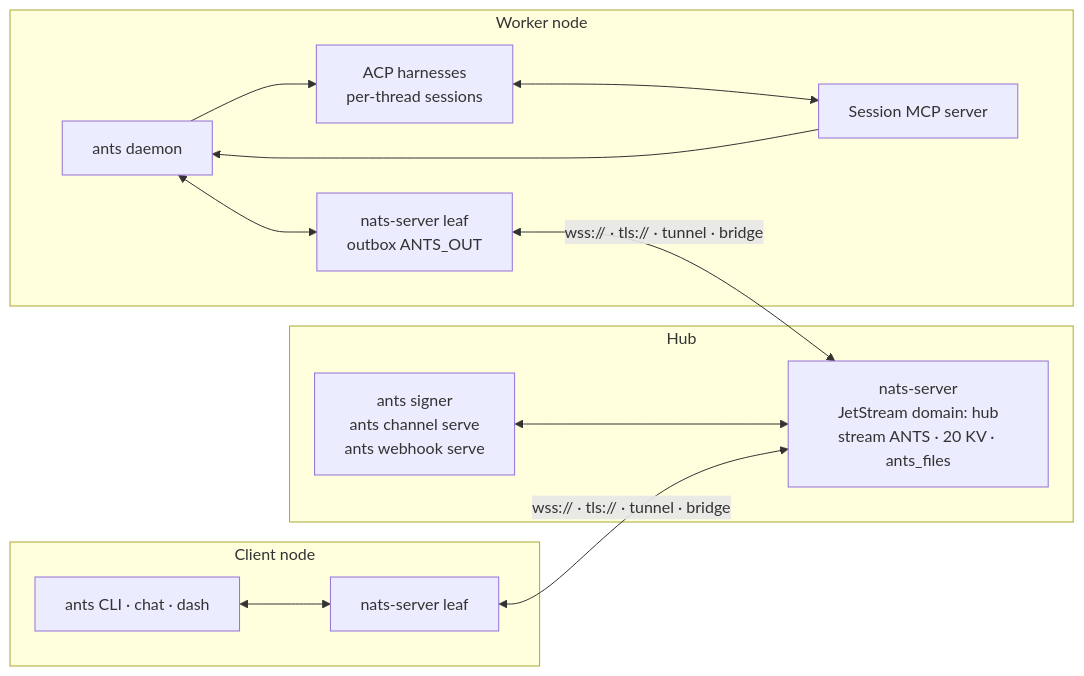
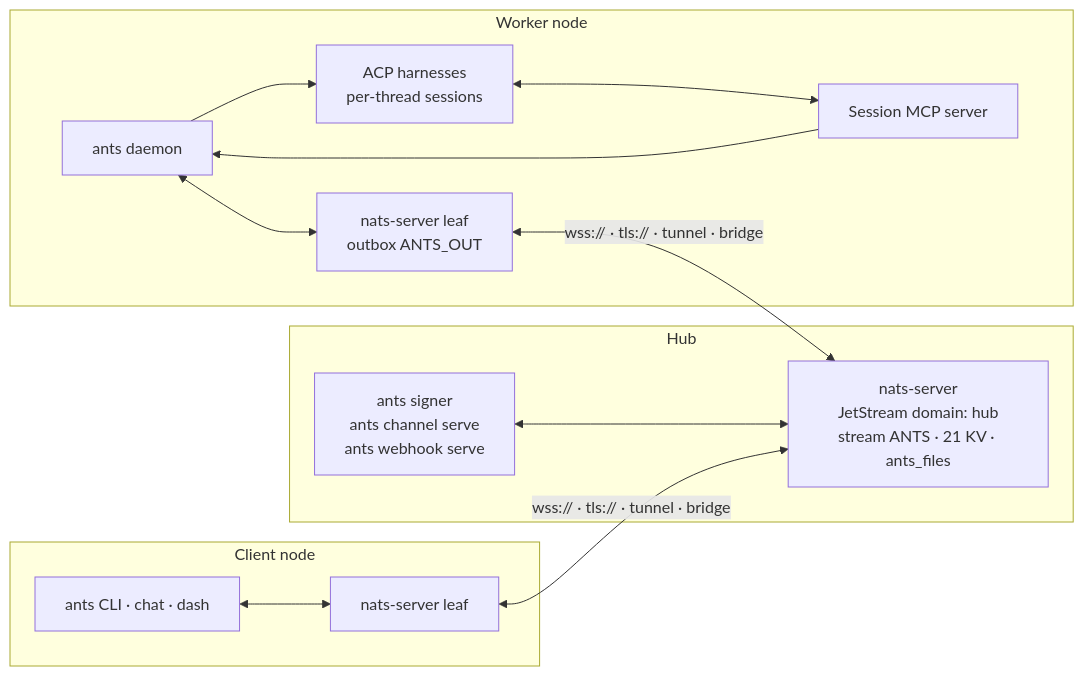
Before and after one commit to quanghle/ants: the first of 3 diagrams in docs/architecture.md, drawn with Mermaid. The commit also changed other lines of this file and 28 other files, not shown here.

````diff
--- a/docs/architecture.md
+++ b/docs/architecture.md
@@ -5,28 +5,28 @@
 ```mermaid
 flowchart LR
     subgraph worker["Worker node"]
         daemon["ants daemon"]
         acp["ACP harnesses<br/>per-thread sessions"]
         mcp["Session MCP server"]
         wleaf["nats-server leaf<br/>outbox ANTS_OUT"]
         daemon --> acp
         acp <--> mcp
         mcp --> daemon
         daemon <--> wleaf
     end
 
     subgraph hub["Hub"]
-        hserver["nats-server<br/>JetStream domain: hub<br/>stream ANTS · 20 KV · ants_files"]
+        hserver["nats-server<br/>JetStream domain: hub<br/>stream ANTS · 21 KV · ants_files"]
         services["ants signer<br/>ants channel serve<br/>ants webhook serve"]
         services <--> hserver
     end
 
     subgraph client["Client node"]
         cli["ants CLI · chat · dash"]
         cleaf["nats-server leaf"]
         cli <--> cleaf
     end
 
     wleaf <-->|"wss:// · tls:// · tunnel · bridge"| hserver
     cleaf <-->|"wss:// · tls:// · tunnel · bridge"| hserver
 ```
````
